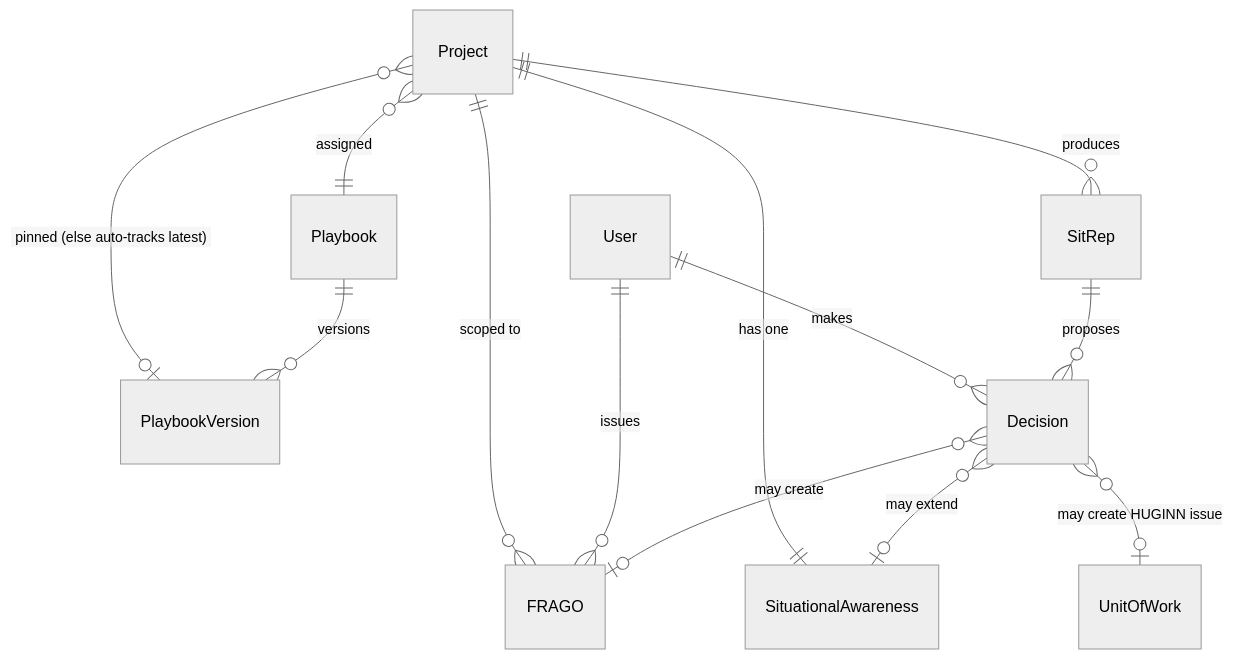
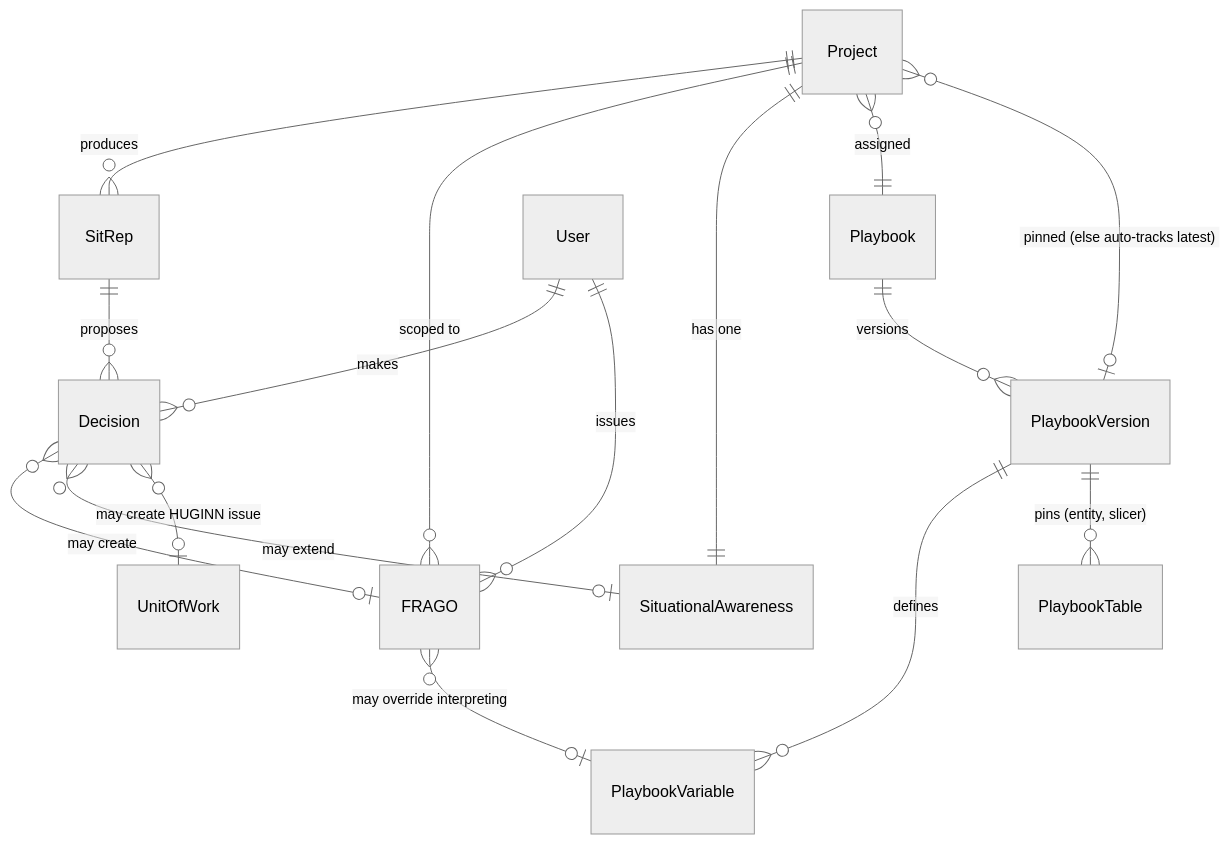
One commit to FeatureFactory-io/huginn changed the third of 7 diagrams in docs/ideation/vision.md. Above: the diagram before and after it, drawn with Mermaid (neutral theme). The commit also changed other lines of this file and 13 other files, not shown here.

````diff
--- a/docs/ideation/vision.md
+++ b/docs/ideation/vision.md
@@ -190,15 +198,18 @@
 ```mermaid
 erDiagram
     Project ||--o{ SitRep : produces
     Project ||--o{ FRAGO : "scoped to"
     Project ||--|| SituationalAwareness : "has one"
     Project }o--|| Playbook : assigned
     Project }o--o| PlaybookVersion : "pinned (else auto-tracks latest)"
     Playbook ||--o{ PlaybookVersion : versions
+    PlaybookVersion ||--o{ PlaybookVariable : defines
+    PlaybookVersion ||--o{ PlaybookTable : "pins (entity, slicer)"
+    FRAGO }o--o| PlaybookVariable : "may override interpreting"
     User ||--o{ Decision : makes
     User ||--o{ FRAGO : issues
     SitRep ||--o{ Decision : proposes
     Decision }o--o| FRAGO : "may create"
     Decision }o--o| SituationalAwareness : "may extend"
     Decision }o--o| UnitOfWork : "may create HUGINN issue"
 ```
````
